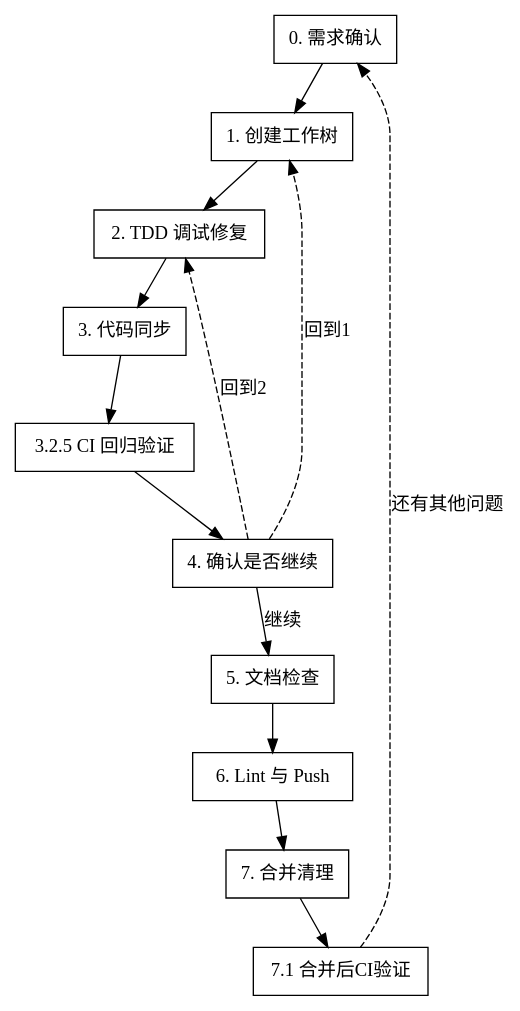
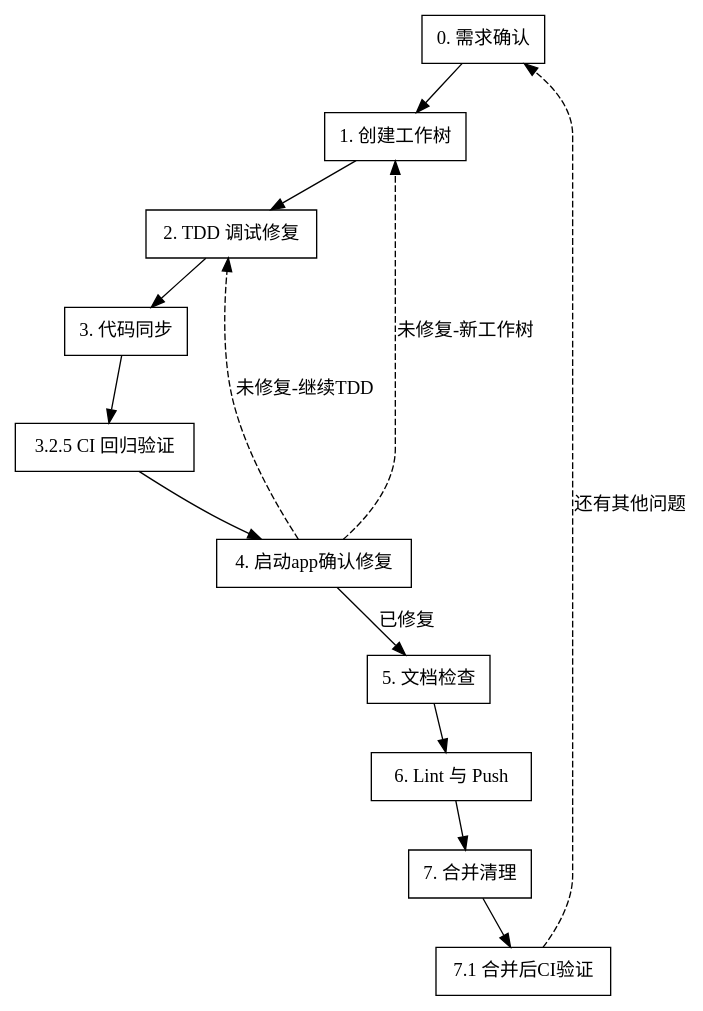
One commit to marcocpt/trae_skills changed the diagram in dd-bug-fix-workflow/SKILL.md. Above: the diagram before and after it, drawn with Graphviz. The commit also changed other lines of this file, not shown here.

````diff
--- a/dd-bug-fix-workflow/SKILL.md
+++ b/dd-bug-fix-workflow/SKILL.md
@@ -22,18 +22,18 @@
 ```dot
 digraph bug_fix_workflow {
     rankdir=TB;
     node [shape=box];
     "0. 需求确认" -> "1. 创建工作树";
     "1. 创建工作树" -> "2. TDD 调试修复";
     "2. TDD 调试修复" -> "3. 代码同步";
     "3. 代码同步" -> "3.2.5 CI 回归验证";
-    "3.2.5 CI 回归验证" -> "4. 确认是否继续";
-    "4. 确认是否继续" -> "5. 文档检查" [label="继续"];
-    "4. 确认是否继续" -> "1. 创建工作树" [label="回到1", style=dashed];
-    "4. 确认是否继续" -> "2. TDD 调试修复" [label="回到2", style=dashed];
+    "3.2.5 CI 回归验证" -> "4. 启动app确认修复";
+    "4. 启动app确认修复" -> "5. 文档检查" [label="已修复"];
+    "4. 启动app确认修复" -> "2. TDD 调试修复" [label="未修复-继续TDD", style=dashed];
+    "4. 启动app确认修复" -> "1. 创建工作树" [label="未修复-新工作树", style=dashed];
     "5. 文档检查" -> "6. Lint 与 Push";
     "6. Lint 与 Push" -> "7. 合并清理";
     "7. 合并清理" -> "7.1 合并后CI验证";
     "7.1 合并后CI验证" -> "0. 需求确认" [label="还有其他问题", style=dashed];
 }
 ```
````
